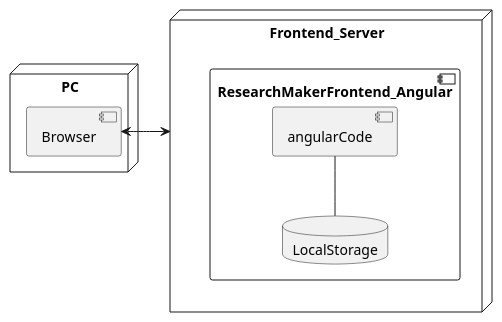
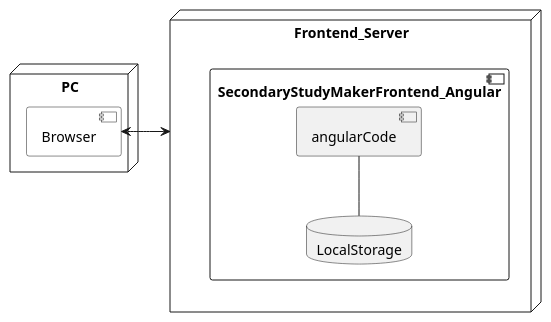
One commit to AcademicP/secondarystudy-maker changed the diagram in docs/deploy.pu. Above: the diagram before and after it, drawn with PlantUML. The commit also changed 34 other files, not shown here.

```diff
--- a/docs/deploy.pu
+++ b/docs/deploy.pu
@@ -1,15 +1,15 @@
 @startuml
 
 node PC{
-[Browser]
+[Browser] #fff
 }
 node Frontend_Server{
-component ResearchMakerFrontend_Angular{
+component SecondaryStudyMakerFrontend_Angular{
   [angularCode]
   database LocalStorage
 }
 
 Browser<->Frontend_Server
 
 angularCode--LocalStorage
 @enduml
```
